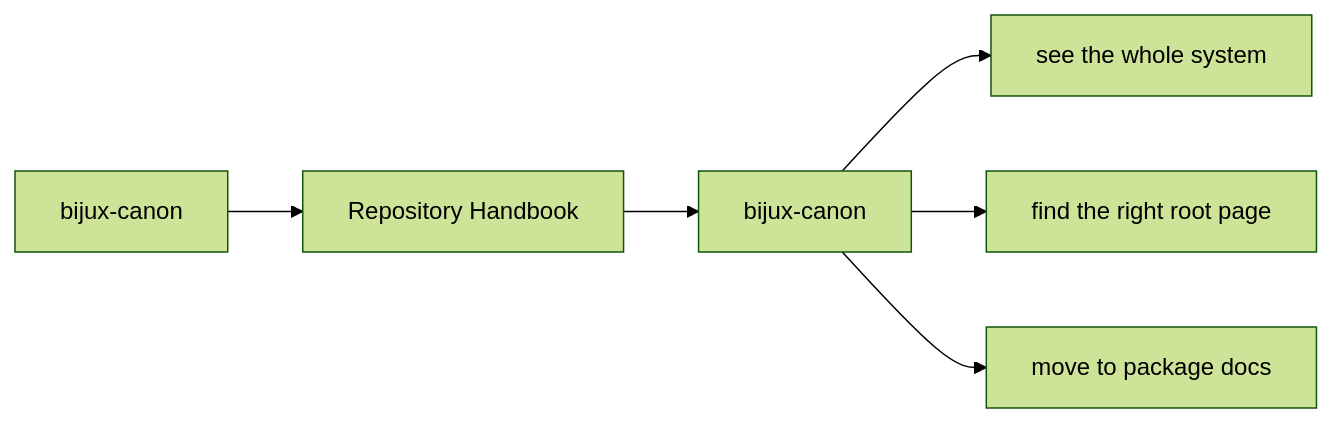
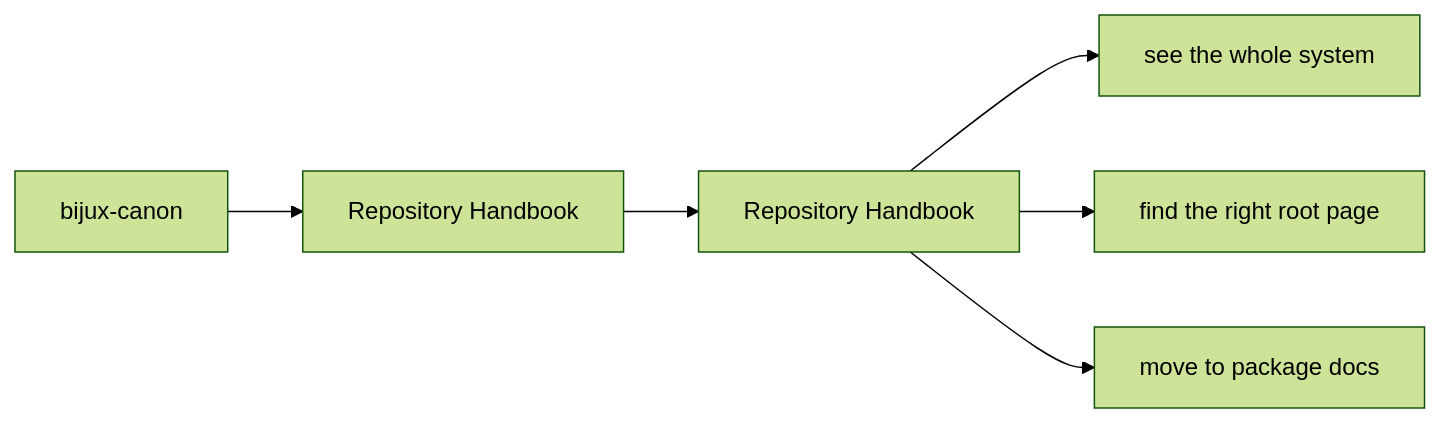
Before and after one commit to bijux/bijux-canon: the first of 2 diagrams in docs/bijux-canon/index.md, drawn with Mermaid (forest theme). The commit also changed other lines of this file and 261 other files, not shown here.

Commit message:
docs(canon): unify handbook style with the shared bijux docs system

````diff
--- a/docs/bijux-canon/index.md
+++ b/docs/bijux-canon/index.md
@@ -39,11 +39,11 @@
 ```mermaid
 flowchart LR
     scope["bijux-canon"] --> section["Repository Handbook"]
-    section --> page["bijux-canon"]
+    section --> page["Repository Handbook"]
     dest1["see the whole system"]
     dest2["find the right root page"]
     dest3["move to package docs"]
     page --> dest1
     page --> dest2
     page --> dest3
 ```
````
